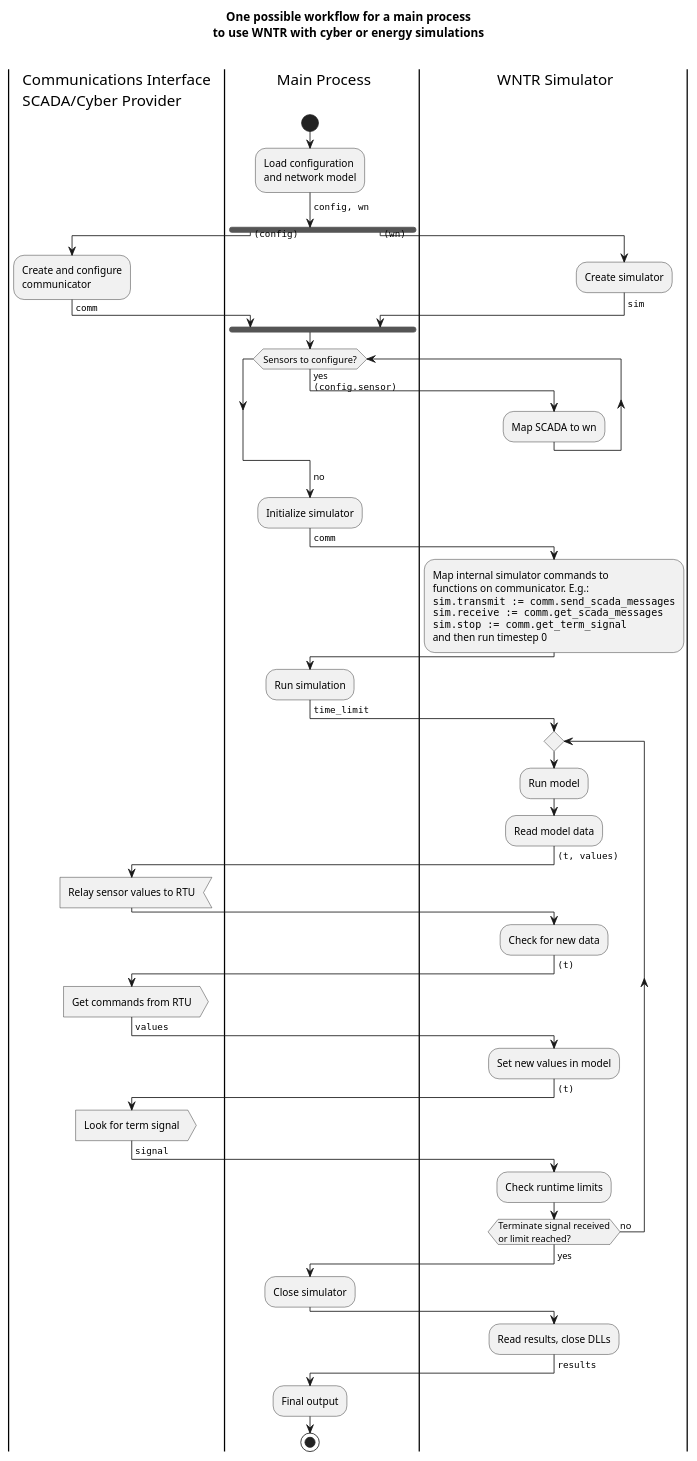
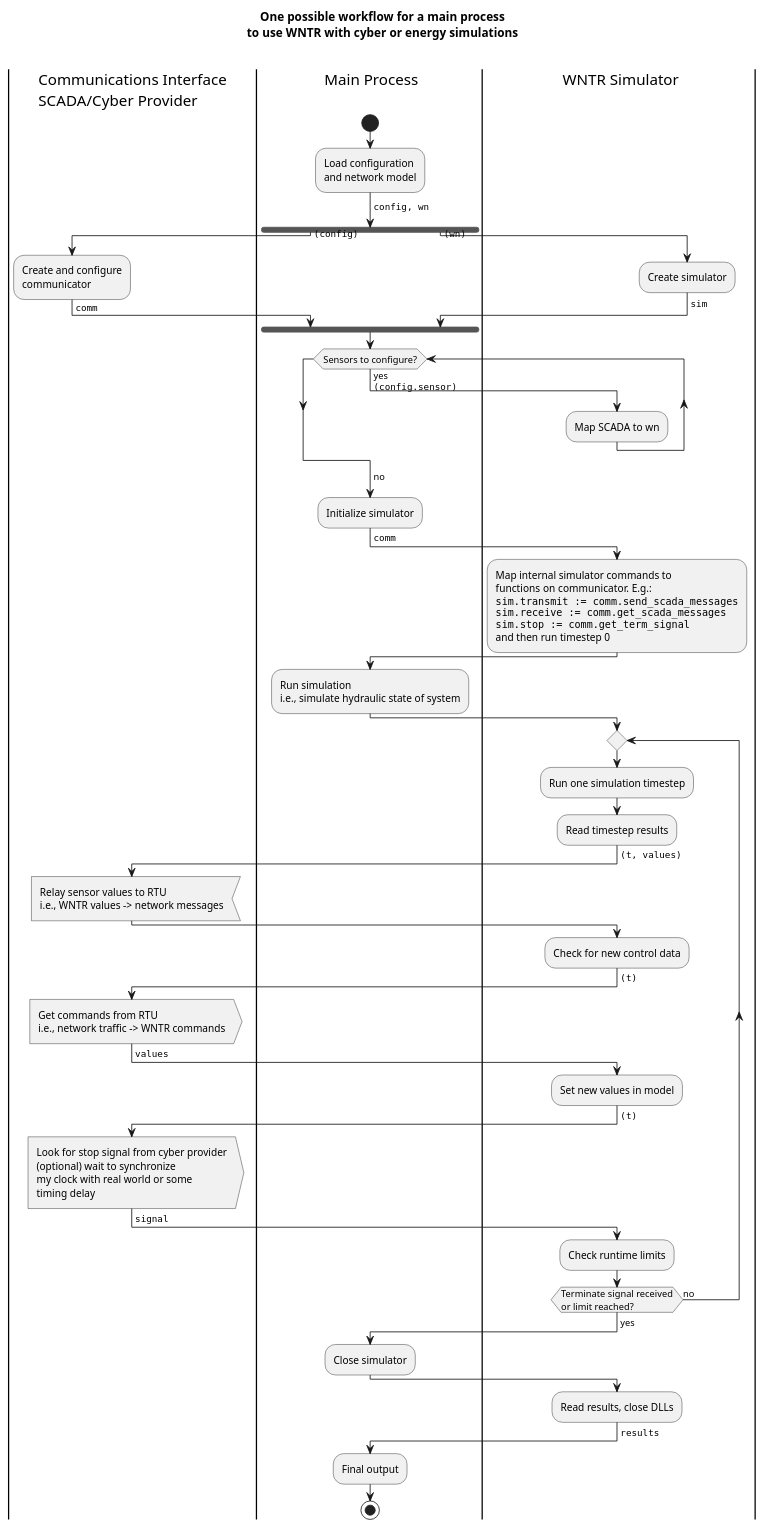
Before and after one commit to USEPA/WNTR: the diagram in documentation/figures/realtime.puml, drawn with PlantUML. The commit also changed 3 other files, not shown here.

```diff
--- a/documentation/figures/realtime.puml
+++ b/documentation/figures/realtime.puml
@@ -1,115 +1,121 @@
 @startuml
 title 
 One possible workflow for a main process
 to use WNTR with cyber or energy simulations
 
 end title
 |c| Communications Interface \n SCADA/Cyber Provider
 |d| Main Process
 |w| WNTR Simulator
 |d|
 start
 :Load configuration
 and network model;
 -> <code>
 config, wn
 </code>;
 fork 
 |c|
   -> <code>
   (config)
   </code>;
   :Create and configure 
   communicator;
   -> <code>
   comm
   </code>;
 fork again
 |w|
 -> <code>
 (wn)
 </code>;
   :Create simulator;  
 -> <code>
 sim
 </code>;
 |d|
 end fork
 |d|
 while (Sensors to configure?)
 -> yes
 <code>
 (config.sensor)
 </code>;
 |w|
 :Map SCADA to wn;
 endwhile
 -> no;
 |d|
 :Initialize simulator;
 -> <code>
 comm
 </code>;
 |w| 
 :Map internal simulator commands to 
 functions on communicator. E.g.:
 <code>
 sim.transmit := comm.send_scada_messages
 sim.receive := comm.get_scada_messages
 sim.stop := comm.get_term_signal
 </code>
 and then run timestep 0;
 |d|
-:Run simulation;
+:Run simulation
+i.e., simulate hydraulic state of system;
 -> <code>
-time_limit
+'time_limit
 </code>;
 |w|
 repeat 
 ':Advance time;
-:Run model;
-:Read model data;
+:Run one simulation timestep;
+:Read timestep results;
 ':Send current values;
 -> <code>
 (t, values)
 </code>;
 |c|
-:Relay sensor values to RTU<
+:Relay sensor values to RTU
+i.e., WNTR values -> network messages<
 |w|
-:Check for new data;
+:Check for new control data;
 -> <code>
 (t)
 </code>;
 |c|
-:Get commands from RTU>
+:Get commands from RTU
+i.e., network traffic -> WNTR commands>
 -> <code>
 values
 </code>;
 |w|
 :Set new values in model;
 ':Check for terminate signal;
 -> <code>
 (t)
 </code>;
 |c|
-:Look for term signal>
+:Look for stop signal from cyber provider
+(optional) wait to synchronize
+my clock with real world or some 
+timing delay>
 -> <code>
 signal
 </code>;
 |w|
 :Check runtime limits;
 repeat while (Terminate signal received
 or limit reached?) is (no)
 ->yes;
 |d|
 :Close simulator;
 |w|
 :Read results, close DLLs;
 -> <code>
 results
 </code>;
 |d|
 :Final output;
 stop
 
 @enduml
```
